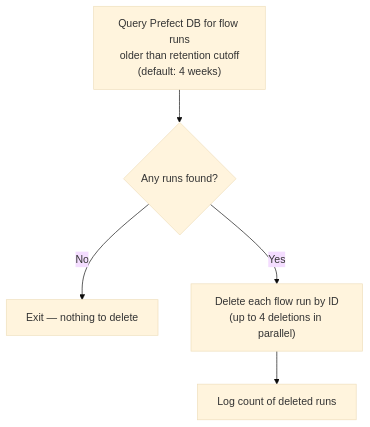
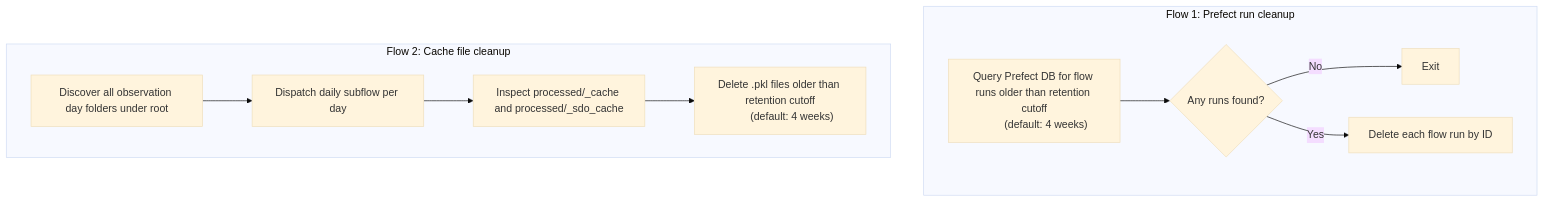
The diagram in documentation/pipeline-maintenance.md (cdeldon/irsol-data-pipeline), drawn with Mermaid (base theme) before and after one commit. The commit also changed other lines of this file and 6 other files, not shown here.

Commit message:
Implement maintenance flows for deleting old Prefect flow runs and stale cache files

````diff
--- a/documentation/pipeline-maintenance.md
+++ b/documentation/pipeline-maintenance.md
@@ -7,10 +12,16 @@
 ```mermaid
 flowchart TD
-    A["Query Prefect DB for flow runs
-older than retention cutoff
-(default: 4 weeks)"] --> B{"Any runs found?"}
-    B -->|No| C["Exit — nothing to delete"]
-    B -->|Yes| D["Delete each flow run by ID
-(up to 4 deletions in parallel)"]
-    D --> E["Log count of deleted runs"]
+    subgraph A["Flow 1: Prefect run cleanup"]
+        A1["Query Prefect DB for flow runs older than retention cutoff
+        (default: 4 weeks)"] --> A2{"Any runs found?"}
+        A2 -->|No| A3["Exit"]
+        A2 -->|Yes| A4["Delete each flow run by ID"]
+    end
+
+    subgraph B["Flow 2: Cache file cleanup"]
+        B1["Discover all observation day folders under root"] --> B2["Dispatch daily subflow per day"]
+        B2 --> B3["Inspect processed/_cache and processed/_sdo_cache"]
+        B3 --> B4["Delete .pkl files older than retention cutoff
+        (default: 4 weeks)"]
+    end
 ```
````
